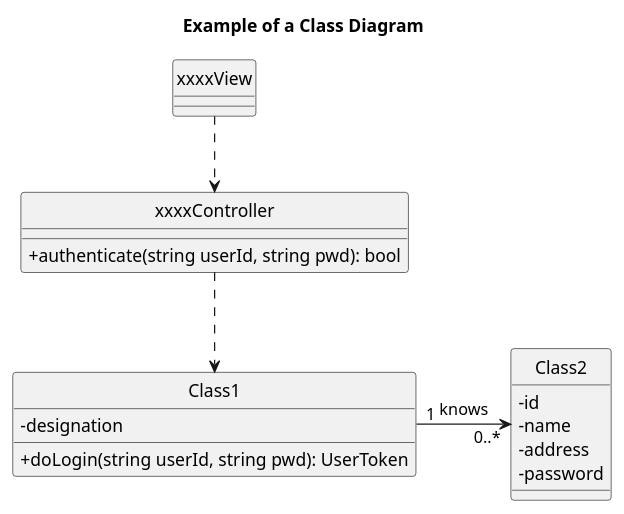
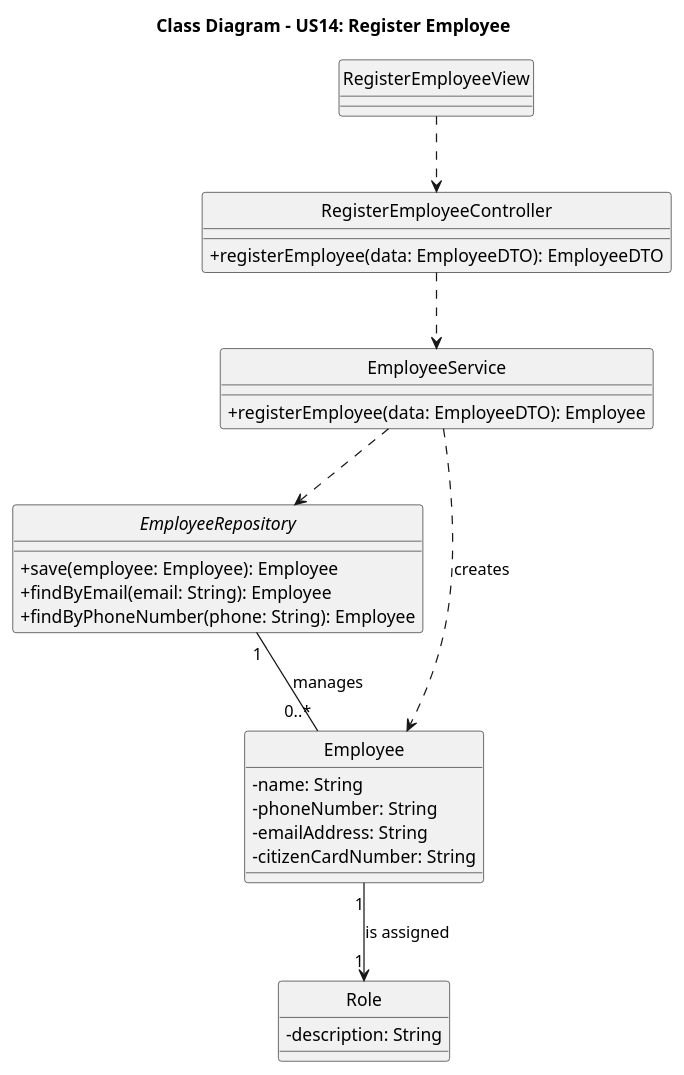
Before and after one commit to goncalomaia18/leti-esoft-25-26-C3: the diagram in docs/system-documentation/US14/puml/US14-CD.puml, drawn with PlantUML. The commit also changed 5 other files, not shown here.

```diff
--- a/docs/system-documentation/US14/puml/US14-CD.puml
+++ b/docs/system-documentation/US14/puml/US14-CD.puml
@@ -1,35 +1,53 @@
 @startuml
 'https://plantuml.com/class-diagram
 
 hide circle
 skinparam classAttributeIconSize 0
 
-title Example of a Class Diagram
+title Class Diagram - US14: Register Employee
 
-class xxxxView {
-
+class RegisterEmployeeView {
+' O UI interage com o utilizador
 }
 
-class xxxxController {
-    +authenticate(string userId, string pwd): bool
+class RegisterEmployeeController {
+    ' Recebe pedidos do UI
+    +registerEmployee(data: EmployeeDTO): EmployeeDTO
 }
 
-class Class1 {
-    -designation
-    +doLogin(string userId, string pwd): UserToken
+class EmployeeService {
+    ' Contém a lógica de negócio
+    +registerEmployee(data: EmployeeDTO): Employee
 }
 
-class Class2 {
-    -id
-    -name
-    -address
-    -password
+interface EmployeeRepository {
+    ' Interface para persistência
+    +save(employee: Employee): Employee
+    +findByEmail(email: String): Employee
+    +findByPhoneNumber(phone: String): Employee
 }
 
-xxxxView ..> xxxxController
+class Employee {
+    ' Entidade de domínio
+    -name: String
+    -phoneNumber: String
+    -emailAddress: String
+    -citizenCardNumber: String
+}
 
-xxxxController ..> Class1
+class Role {
+    ' Entidade de domínio
+    -description: String
+}
 
-Class1 "1" -> "0..*" Class2: knows
+' Dependências entre camadas
+RegisterEmployeeView ..> RegisterEmployeeController
+RegisterEmployeeController ..> EmployeeService
+EmployeeService ..> EmployeeRepository
+
+' Relações de domínio
+EmployeeService ..> Employee : "creates"
+EmployeeRepository "1" -- "0..*" Employee : "manages"
+Employee "1" --> "1" Role : "is assigned"
 
 @enduml
```
